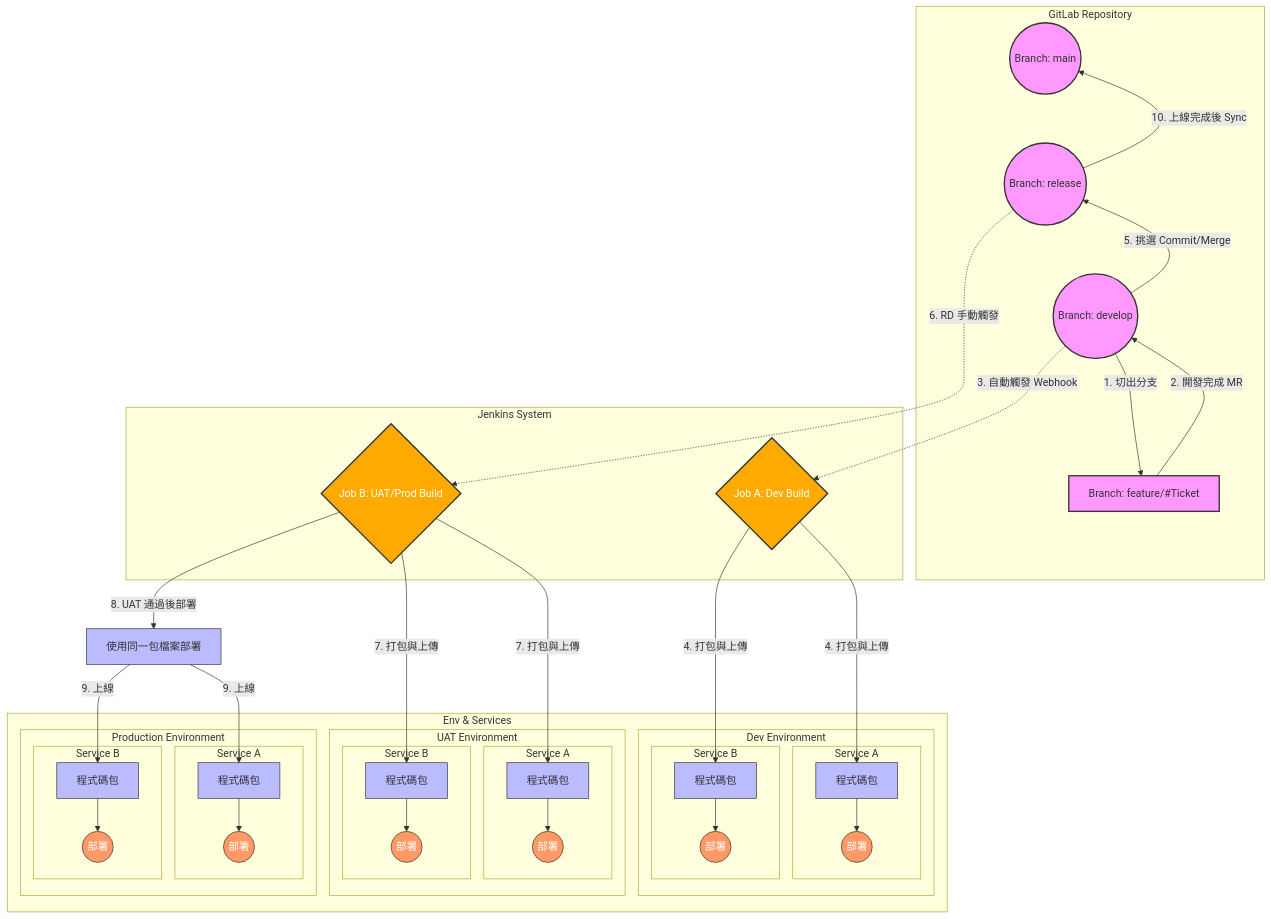
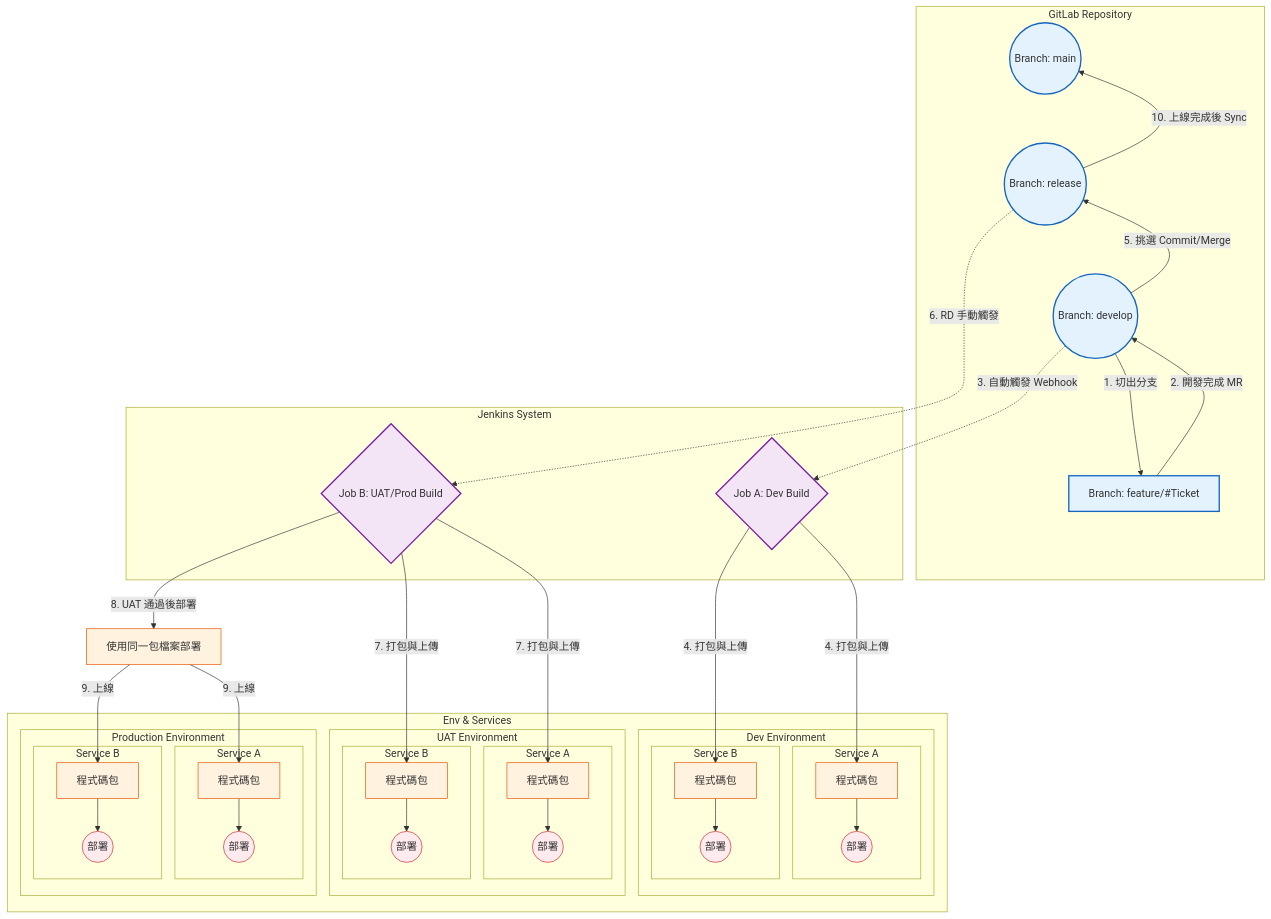
The second of 2 diagrams in SIT/ReleaseWorkFlow.md (almightyken0425/KnowledgeVault), drawn with Mermaid before and after one commit.

````diff
--- a/SIT/ReleaseWorkFlow.md
+++ b/SIT/ReleaseWorkFlow.md
@@ -47,82 +47,82 @@
 ```mermaid
 graph TD
     %% 定義樣式
-    classDef branch fill:#f9f,stroke:#333,stroke-width:2px;
-    classDef action fill:#bbf,stroke:#333,stroke-width:1px;
-    classDef server fill:#dfd,stroke:#333,stroke-width:1px;
-    classDef jenkins fill:#fa0,stroke:#333,stroke-width:2px,color:white;
-    classDef deployAction fill:#f96,stroke:#333,stroke-width:1px,color:white;
+    classDef branch fill:#E3F2FD,stroke:#1565C0,stroke-width:2px;
+    classDef action fill:#FFF3E0,stroke:#E65100,stroke-width:1px;
+    classDef server fill:#E8F5E9,stroke:#2E7D32,stroke-width:1px;
+    classDef jenkins fill:#F3E5F5,stroke:#7B1FA2,stroke-width:2px;
+    classDef deployAction fill:#FFEBEE,stroke:#C62828,stroke-width:1px;
 
     %% 節點定義
     subgraph Git_Repo [GitLab Repository]
         Main((Branch: main)):::branch
         Release((Branch: release)):::branch
         Develop((Branch: develop)):::branch
         Feature[Branch: feature/#Ticket]:::branch
 
         %% 強制排版順序: Main 在最左邊
         Main ~~~ Release ~~~ Develop ~~~ Feature
     end
 
     subgraph CI_CD [Jenkins System]
         JobA{Job A: Dev Build}:::jenkins
         JobB{Job B: UAT/Prod Build}:::jenkins
     end
 
     subgraph Environments [Env & Services]
         subgraph DevEnv [Dev Environment]
             subgraph DevServiceA [Service A]
                 DevPkgA[程式碼包]:::action
                 DevDeployA((部署)):::deployAction
                 DevPkgA --> DevDeployA
             end
             subgraph DevServiceB [Service B]
                 DevPkgB[程式碼包]:::action
                 DevDeployB((部署)):::deployAction
                 DevPkgB --> DevDeployB
             end
         end
         subgraph UATEnv [UAT Environment]
             subgraph UATServiceA [Service A]
                 UATPkgA[程式碼包]:::action
                 UATDeployA((部署)):::deployAction
                 UATPkgA --> UATDeployA
             end
             subgraph UATServiceB [Service B]
                 UATPkgB[程式碼包]:::action
                 UATDeployB((部署)):::deployAction
                 UATPkgB --> UATDeployB
             end
         end
         subgraph ProdEnv [Production Environment]
             subgraph ProdServiceA [Service A]
                 ProdPkgA[程式碼包]:::action
                 ProdDeployA((部署)):::deployAction
                 ProdPkgA --> ProdDeployA
             end
             subgraph ProdServiceB [Service B]
                 ProdPkgB[程式碼包]:::action
                 ProdDeployB((部署)):::deployAction
                 ProdPkgB --> ProdDeployB
             end
         end
     end
 
     %% 流程線
     Develop -->|1. 切出分支| Feature
     Feature -->|2. 開發完成 MR| Develop
 
     Develop -.->|3. 自動觸發 Webhook| JobA
     JobA -->|4. 打包與上傳| DevPkgA & DevPkgB
 
     Develop -->|5. 挑選 Commit/Merge| Release
     Release -.->|6. RD 手動觸發| JobB
 
     JobB -->|7. 打包與上傳| UATPkgA & UATPkgB
     
     JobB -->|8. UAT 通過後部署| ProdDeploy[使用同一包檔案部署]:::action
     
     ProdDeploy -->|9. 上線| ProdPkgA & ProdPkgB
 
     Release -->|10. 上線完成後 Sync| Main
 ```
````
